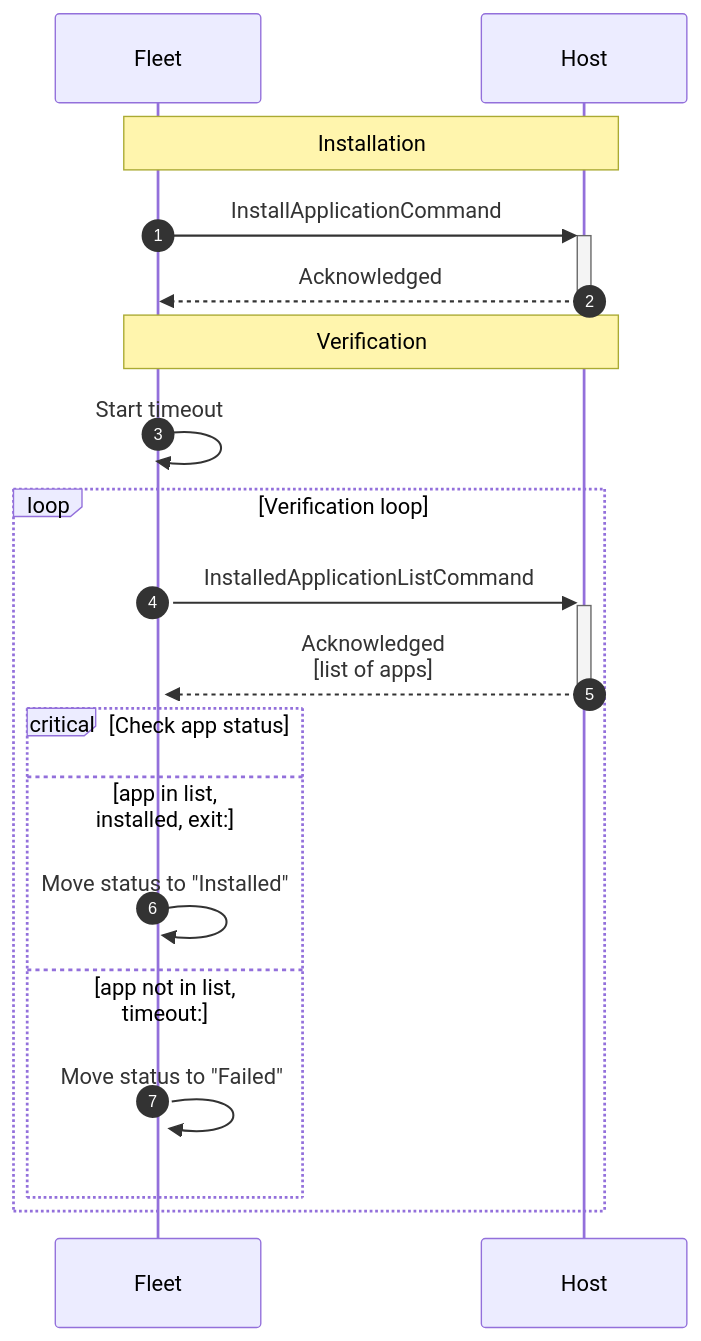
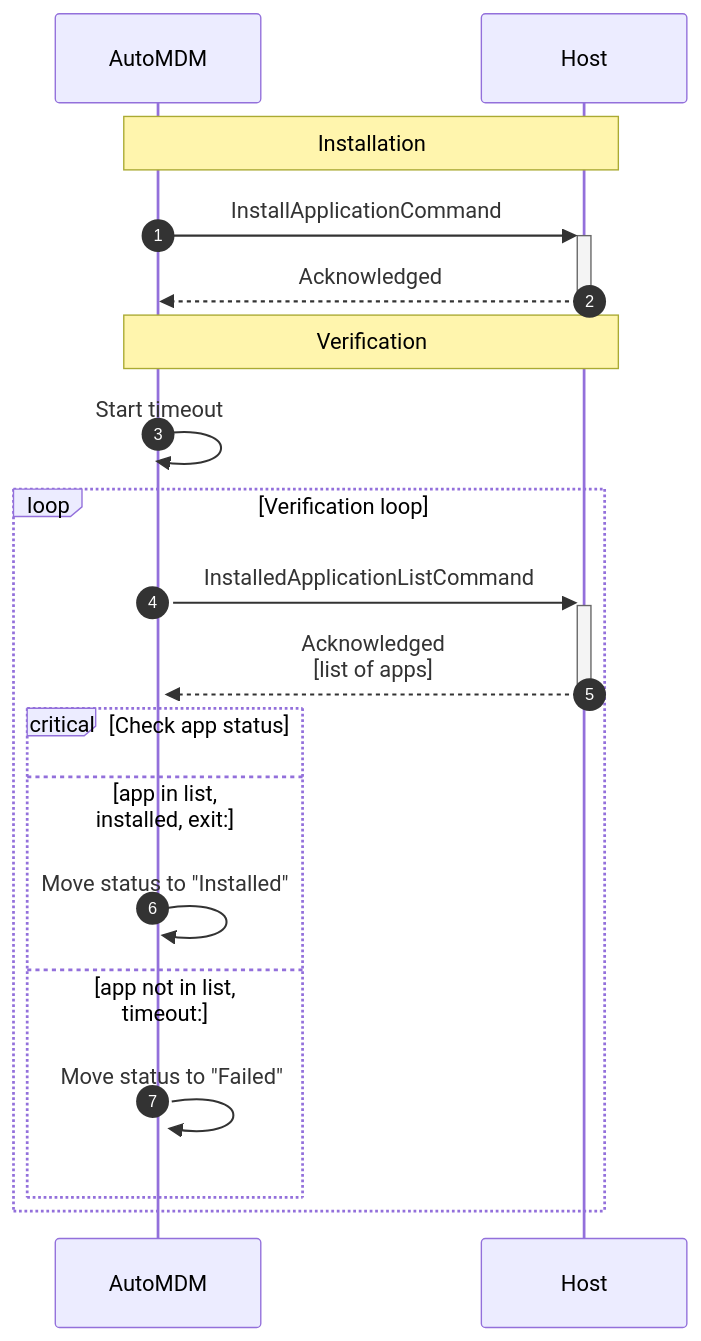
Before and after one commit to anilyagiz/AutoMDM: the first of 3 diagrams in docs/Contributing/software/software-installation.md, drawn with Mermaid. The commit also changed other lines of this file and 7979 other files, not shown here.

First line of the commit message:
Rebrand Fleet as AutoMDM (mechanical pass)

````diff
--- a/docs/Contributing/software/software-installation.md
+++ b/docs/Contributing/software/software-installation.md
@@ -62,22 +62,22 @@
 ```mermaid
 sequenceDiagram
     autonumber
-        Note over Fleet,Host: Installation
-        Fleet->>+Host: InstallApplicationCommand
-        Host-->>-Fleet: Acknowledged
+        Note over AutoMDM,Host: Installation
+        AutoMDM->>+Host: InstallApplicationCommand
+        Host-->>-AutoMDM: Acknowledged
 
-        Note over Fleet,Host: Verification
+        Note over AutoMDM,Host: Verification
     
-        Fleet->>+Fleet: Start timeout
+        AutoMDM->>+AutoMDM: Start timeout
     
         loop Verification loop
-            Fleet->>+Host: InstalledApplicationListCommand
-            Host-->>-Fleet: Acknowledged<br/>[list of apps]
+            AutoMDM->>+Host: InstalledApplicationListCommand
+            Host-->>-AutoMDM: Acknowledged<br/>[list of apps]
             critical Check app status
             option app in list, installed, exit:
-                Fleet->>+Fleet: Move status to "Installed"
+                AutoMDM->>+AutoMDM: Move status to "Installed"
             option app not in list, timeout:
-                Fleet->>+Fleet: Move status to "Failed"
+                AutoMDM->>+AutoMDM: Move status to "Failed"
         end
     end
 ```
````
